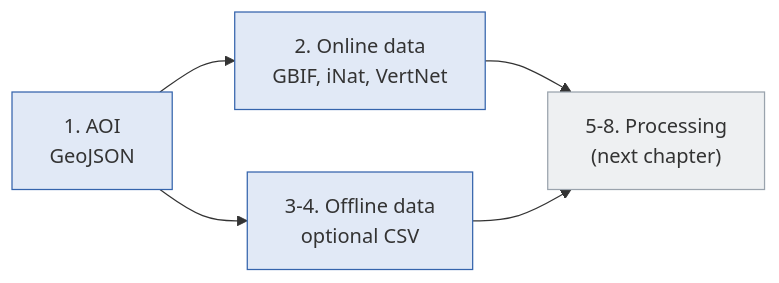
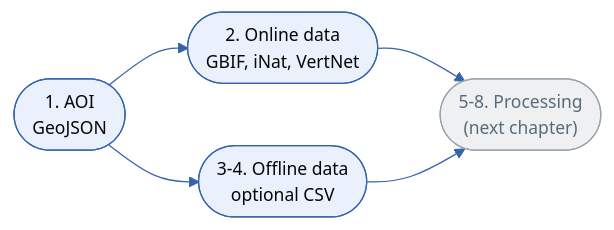
One commit to Mehrad1994/AquaINFRA_Training_Handbooks changed the diagram in docs/trainings/pan-european-use-case/07_workflow_acquisition.md. Above: the diagram before and after it, drawn with Mermaid. The commit also changed other lines of this file and 9 other files, not shown here.

First line of the commit message:
Workflow diagram headings/styling, fix reference nav, justify text, refine intro box

````diff
--- a/docs/trainings/pan-european-use-case/07_workflow_acquisition.md
+++ b/docs/trainings/pan-european-use-case/07_workflow_acquisition.md
@@ -20,11 +22,12 @@
 ```mermaid
+%%{init: {'theme':'base','themeVariables':{'lineColor':'#3564ac','fontFamily':'Inter, system-ui, sans-serif','fontSize':'14px'}}}%%
 flowchart LR
-    A["1. AOI<br/>GeoJSON"] --> B["2. Online data<br/>GBIF, iNat, VertNet"]
-    A --> C["3-4. Offline data<br/>optional CSV"]
-    B --> M["5-8. Processing<br/>(next chapter)"]
+    A(["1. AOI<br/>GeoJSON"]) --> B(["2. Online data<br/>GBIF, iNat, VertNet"])
+    A --> C(["3-4. Offline data<br/>optional CSV"])
+    B --> M(["5-8. Processing<br/>(next chapter)"])
     C --> M
-    style A fill:#e1e9f6,stroke:#3564AC
-    style B fill:#e1e9f6,stroke:#3564AC
-    style C fill:#e1e9f6,stroke:#3564AC
-    style M fill:#eef0f2,stroke:#9aa3ad
+    style A fill:#eaf1fc,stroke:#3564AC,color:#070608
+    style B fill:#eaf1fc,stroke:#3564AC,color:#070608
+    style C fill:#eaf1fc,stroke:#3564AC,color:#070608
+    style M fill:#eef0f2,stroke:#9aa3ad,color:#5a6b7a
 ```
````
